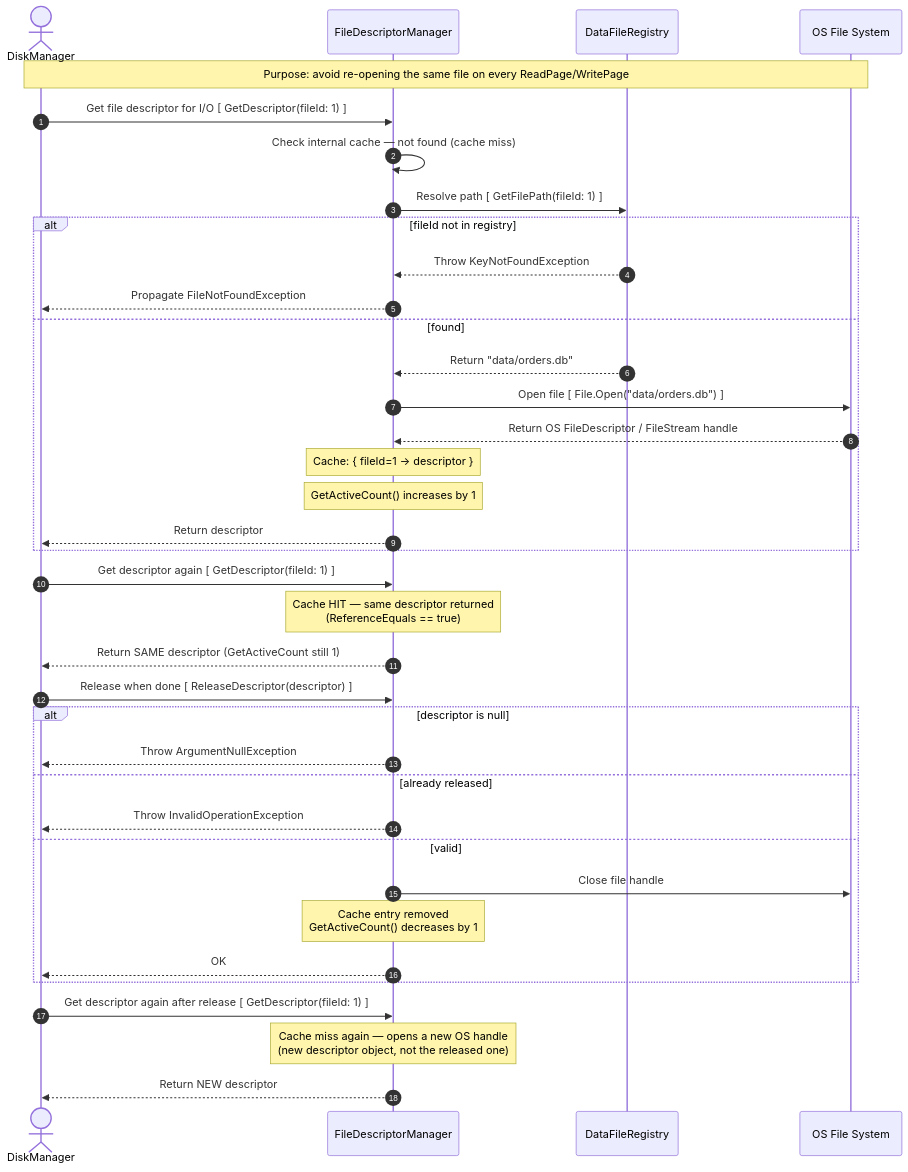
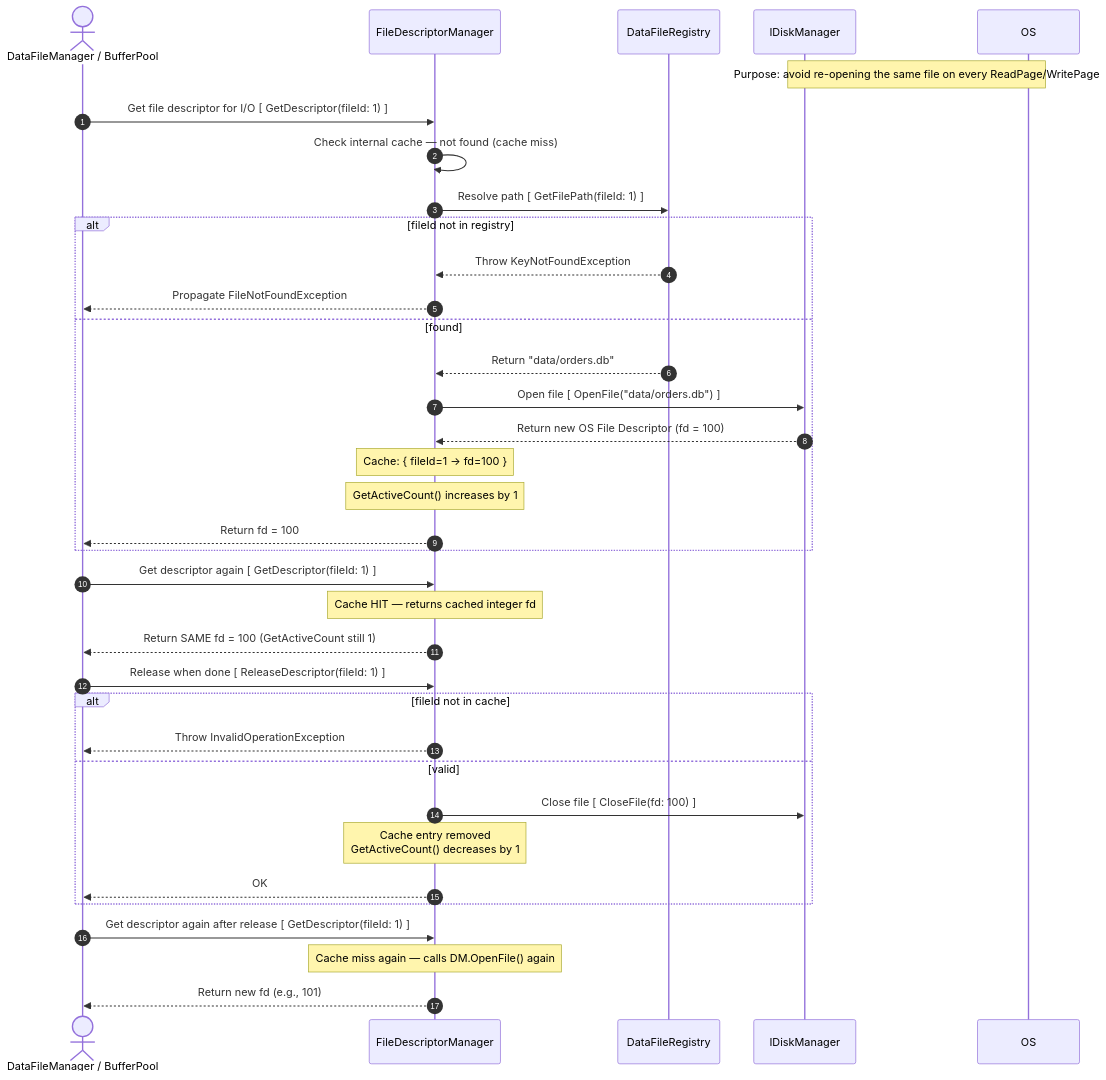
One commit to Hagiakhanh/bbv-dbms changed the second of 3 diagrams in docs/diagrams/storage-engine/sequence-diagrams/disk-and-file-management.md. Above: the diagram before and after it, drawn with Mermaid. The commit also changed other lines of this file and 4 other files, not shown here.

Commit message:
doc: move mindmap into readme

````diff
--- a/docs/diagrams/storage-engine/sequence-diagrams/disk-and-file-management.md
+++ b/docs/diagrams/storage-engine/sequence-diagrams/disk-and-file-management.md
@@ -68,60 +68,58 @@
 ```mermaid
 sequenceDiagram
     autonumber
-    actor DM as DiskManager
+    actor Caller as DataFileManager / BufferPool
     participant FDM as FileDescriptorManager
     participant Registry as DataFileRegistry
-    participant OS as OS File System
+    participant DM as IDiskManager
 
     Note over DM,OS: Purpose: avoid re-opening the same file on every ReadPage/WritePage
 
     %% ─────────────────────────────────────────
     %% First access — cache miss
     %% ─────────────────────────────────────────
-    DM->>FDM: Get file descriptor for I/O [ GetDescriptor(fileId: 1) ]
+    Caller->>FDM: Get file descriptor for I/O [ GetDescriptor(fileId: 1) ]
 
     FDM->>FDM: Check internal cache — not found (cache miss)
     FDM->>Registry: Resolve path [ GetFilePath(fileId: 1) ]
 
     alt fileId not in registry
         Registry-->>FDM: Throw KeyNotFoundException
-        FDM-->>DM: Propagate FileNotFoundException
+        FDM-->>Caller: Propagate FileNotFoundException
     else found
         Registry-->>FDM: Return "data/orders.db"
-        FDM->>OS: Open file [ File.Open("data/orders.db") ]
-        OS-->>FDM: Return OS FileDescriptor / FileStream handle
+        FDM->>DM: Open file [ OpenFile("data/orders.db") ]
+        DM-->>FDM: Return new OS File Descriptor (fd = 100)
 
-        Note over FDM: Cache: { fileId=1 → descriptor }
+        Note over FDM: Cache: { fileId=1 → fd=100 }
         Note over FDM: GetActiveCount() increases by 1
-        FDM-->>DM: Return descriptor
+        FDM-->>Caller: Return fd = 100
     end
 
     %% ─────────────────────────────────────────
     %% Second access — cache hit
     %% ─────────────────────────────────────────
-    DM->>FDM: Get descriptor again [ GetDescriptor(fileId: 1) ]
-    Note over FDM: Cache HIT — same descriptor returned<br/>(ReferenceEquals == true)
-    FDM-->>DM: Return SAME descriptor (GetActiveCount still 1)
+    Caller->>FDM: Get descriptor again [ GetDescriptor(fileId: 1) ]
+    Note over FDM: Cache HIT — returns cached integer fd
+    FDM-->>Caller: Return SAME fd = 100 (GetActiveCount still 1)
 
     %% ─────────────────────────────────────────
     %% Release
     %% ─────────────────────────────────────────
-    DM->>FDM: Release when done [ ReleaseDescriptor(descriptor) ]
+    Caller->>FDM: Release when done [ ReleaseDescriptor(fileId: 1) ]
 
-    alt descriptor is null
-        FDM-->>DM: Throw ArgumentNullException
-    else already released
-        FDM-->>DM: Throw InvalidOperationException
+    alt fileId not in cache
+        FDM-->>Caller: Throw InvalidOperationException
     else valid
-        FDM->>OS: Close file handle
+        FDM->>DM: Close file [ CloseFile(fd: 100) ]
         Note over FDM: Cache entry removed<br/>GetActiveCount() decreases by 1
-        FDM-->>DM: OK
+        FDM-->>Caller: OK
     end
 
     %% ─────────────────────────────────────────
     %% Re-acquisition after release
     %% ─────────────────────────────────────────
-    DM->>FDM: Get descriptor again after release [ GetDescriptor(fileId: 1) ]
-    Note over FDM: Cache miss again — opens a new OS handle<br/>(new descriptor object, not the released one)
-    FDM-->>DM: Return NEW descriptor
+    Caller->>FDM: Get descriptor again after release [ GetDescriptor(fileId: 1) ]
+    Note over FDM: Cache miss again — calls DM.OpenFile() again
+    FDM-->>Caller: Return new fd (e.g., 101)
 ```
````
